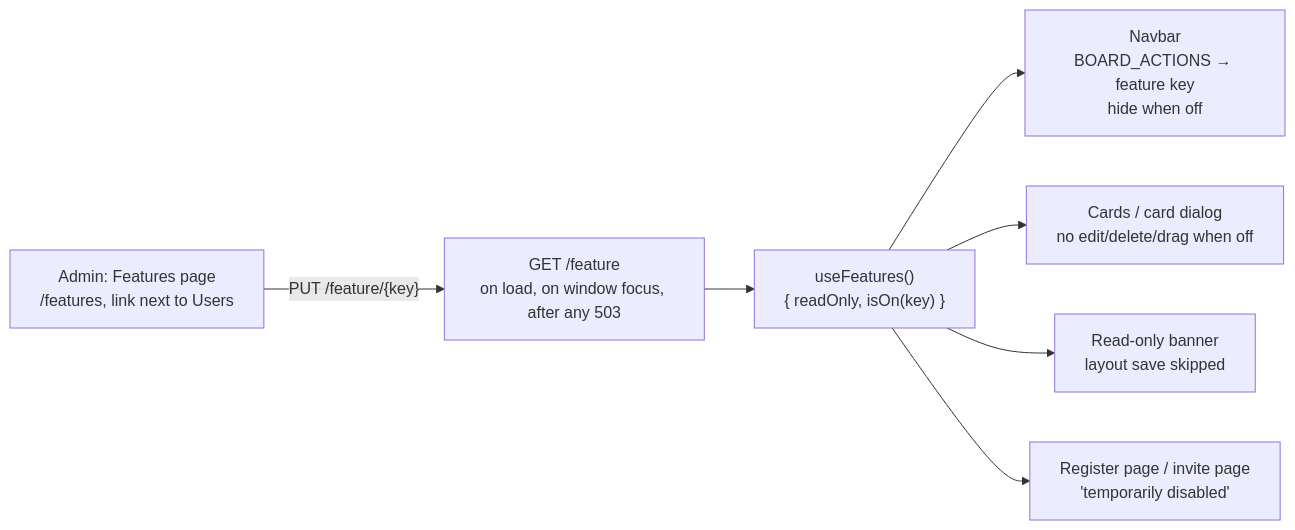
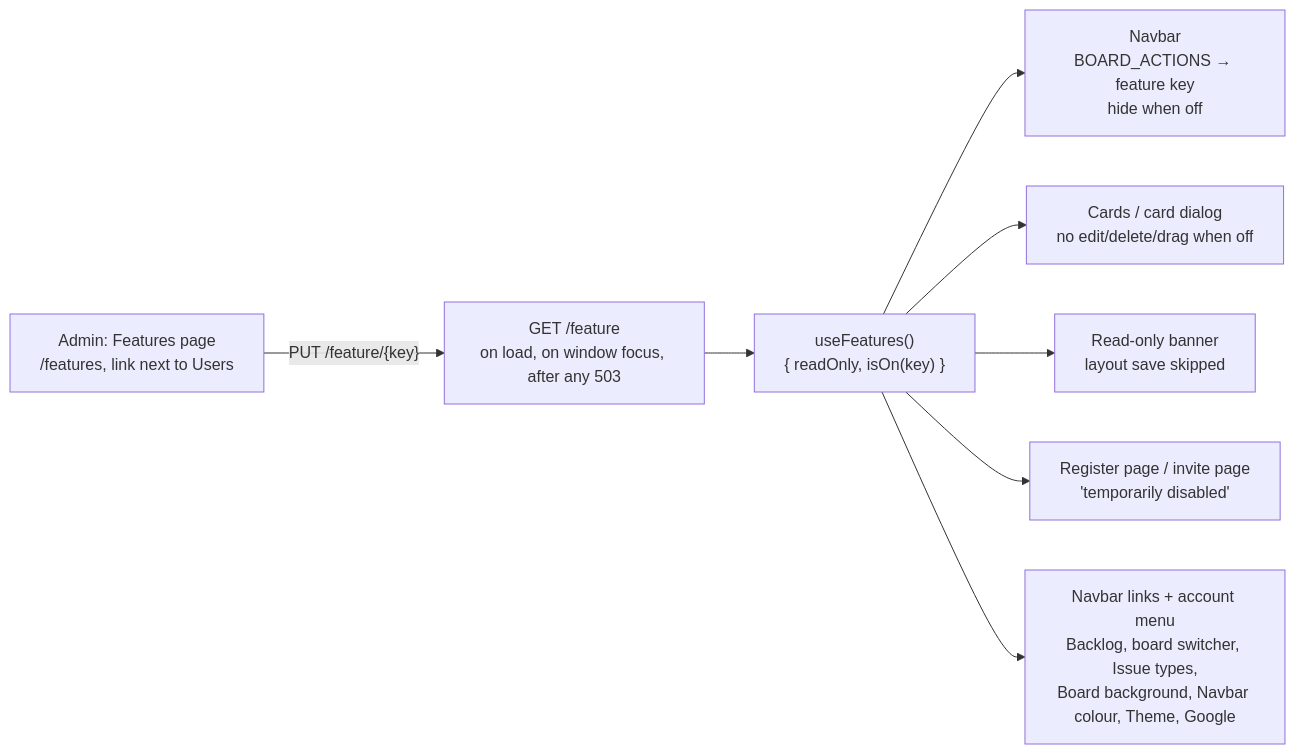
The fourth of 4 diagrams in docs/feature-switches.md (Cypedium/aurelljiracard), drawn with Mermaid before and after one commit. The commit also changed other lines of this file and 1 other file, not shown here.

````diff
--- a/docs/feature-switches.md
+++ b/docs/feature-switches.md
@@ -142,9 +166,10 @@
 ```mermaid
 flowchart LR
     G["GET /feature<br/>on load, on window focus, after any 503"] --> H["useFeatures()<br/>{ readOnly, isOn(key) }"]
     H --> N["Navbar<br/>BOARD_ACTIONS → feature key<br/>hide when off"]
     H --> C["Cards / card dialog<br/>no edit/delete/drag when off"]
     H --> B["Read-only banner<br/>layout save skipped"]
     H --> P["Register page / invite page<br/>'temporarily disabled'"]
+    H --> M["Navbar links + account menu<br/>Backlog, board switcher, Issue types,<br/>Board background, Navbar colour, Theme, Google"]
     A["Admin: Features page<br/>/features, link next to Users"] -->|"PUT /feature/{key}"| G
 ```
````
